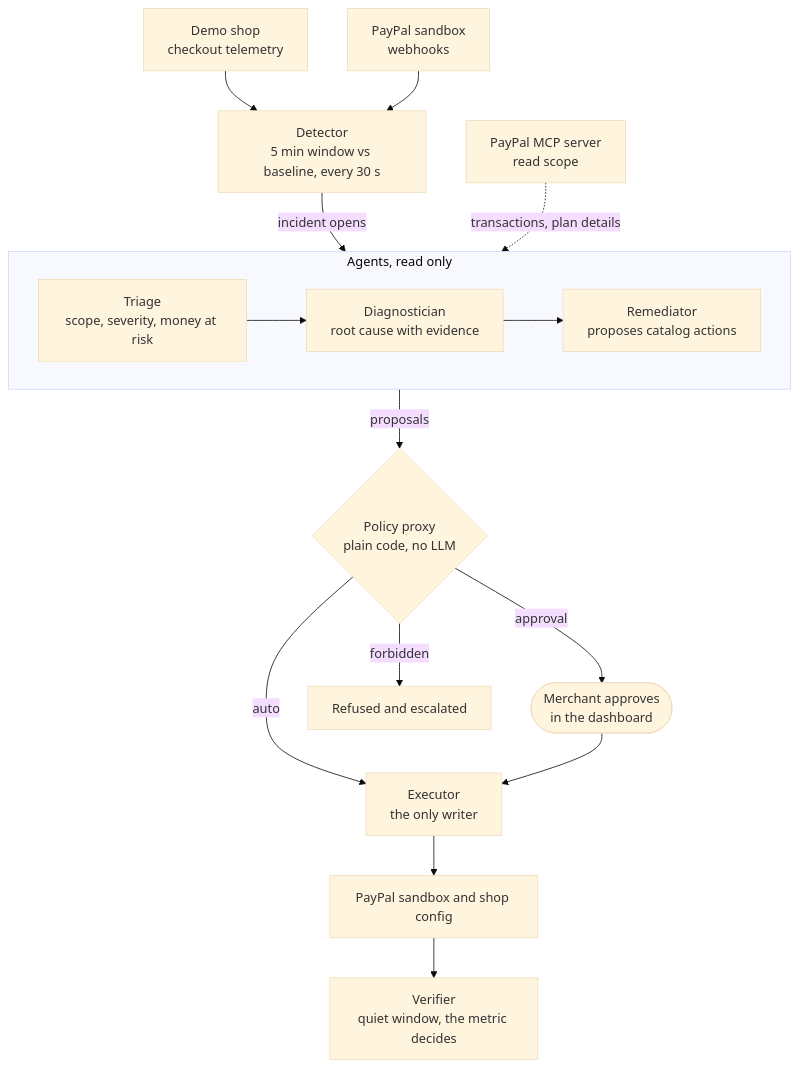
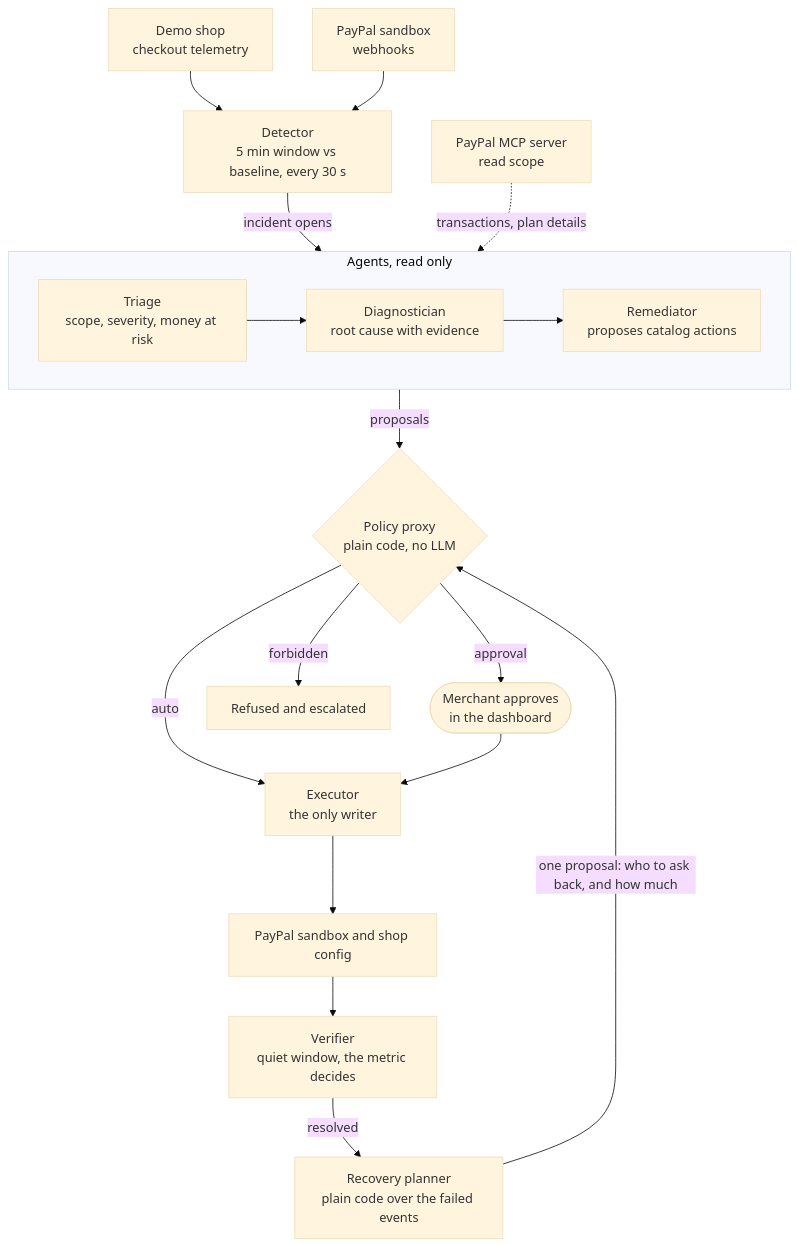
The first of 3 diagrams in README.md (mazzyy/Flatline), drawn with Mermaid (base theme) before and after one commit. The commit also changed other lines of this file and 45 other files, not shown here.

First line of the commit message:
feat(recovery): implement money ledger and recovery planner

````diff
--- a/README.md
+++ b/README.md
@@ -53,21 +73,23 @@
 ```mermaid
 flowchart TD
     shop["Demo shop<br/>checkout telemetry"] --> detector["Detector<br/>5 min window vs baseline, every 30 s"]
     paypal["PayPal sandbox<br/>webhooks"] --> detector
     detector -->|"incident opens"| triage
 
     subgraph agents["Agents, read only"]
         direction LR
         triage["Triage<br/>scope, severity, money at risk"] --> diag["Diagnostician<br/>root cause with evidence"]
         diag --> remed["Remediator<br/>proposes catalog actions"]
     end
 
     mcp["PayPal MCP server<br/>read scope"] -.->|"transactions, plan details"| diag
     remed -->|"proposals"| proxy{"Policy proxy<br/>plain code, no LLM"}
     proxy -->|"auto"| executor["Executor<br/>the only writer"]
     proxy -->|"approval"| human(["Merchant approves<br/>in the dashboard"])
     human --> executor
     proxy -->|"forbidden"| refused["Refused and escalated"]
     executor --> writes["PayPal sandbox and shop config"]
     writes --> verifier["Verifier<br/>quiet window, the metric decides"]
+    verifier -->|"resolved"| planner["Recovery planner<br/>plain code over the failed events"]
+    planner -->|"one proposal: who to ask back, and how much"| proxy
 ```
````
